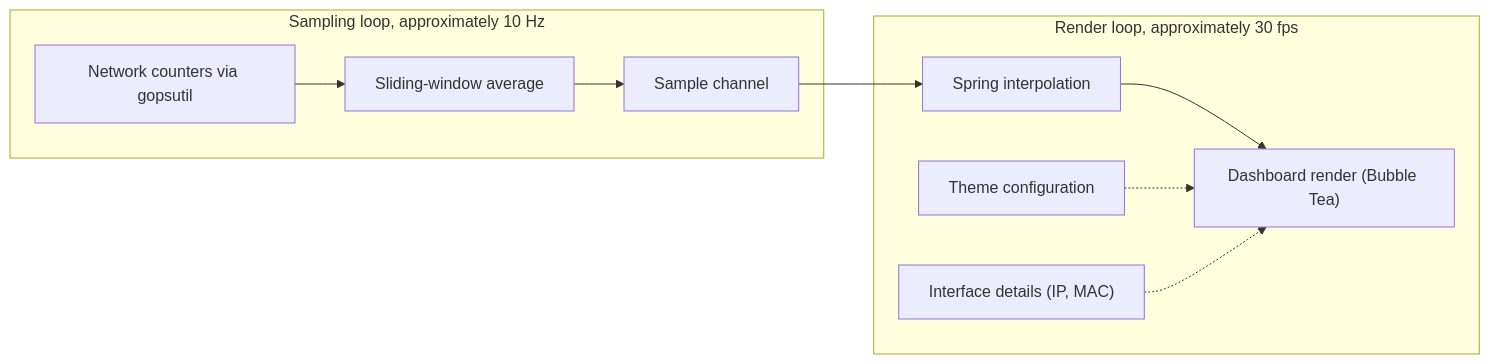
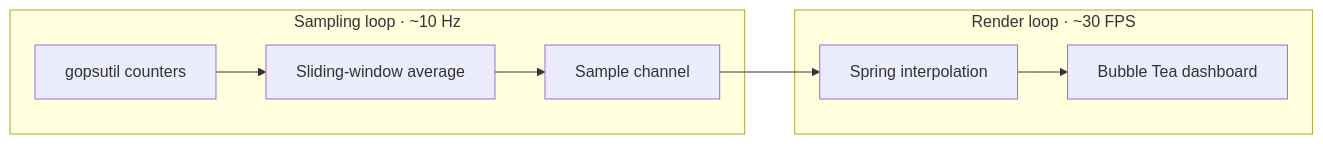
Before and after one commit to programmersd21/flow: the second of 2 diagrams in README.md, drawn with Mermaid. The commit also changed other lines of this file, not shown here.

````diff
--- a/README.md
+++ b/README.md
@@ -321,14 +209,11 @@
 ```mermaid
 flowchart LR
-    subgraph Sampling["Sampling loop, approximately 10 Hz"]
-        OS["Network counters via gopsutil"] --> SlidingWindow["Sliding-window average"]
-        SlidingWindow --> Channel["Sample channel"]
+    subgraph Sampling["Sampling loop · ~10 Hz"]
+        OS["gopsutil counters"] --> SW["Sliding-window average"]
+        SW --> CH["Sample channel"]
     end
-
-    subgraph Rendering["Render loop, approximately 30 fps"]
-        Channel --> Spring["Spring interpolation"]
-        Spring --> Display["Dashboard render (Bubble Tea)"]
-        Theme["Theme configuration"] -.-> Display
-        InterfaceInfo["Interface details (IP, MAC)"] -.-> Display
+    subgraph Rendering["Render loop · ~30 FPS"]
+        CH --> SP["Spring interpolation"]
+        SP --> UI["Bubble Tea dashboard"]
     end
 ```
````
